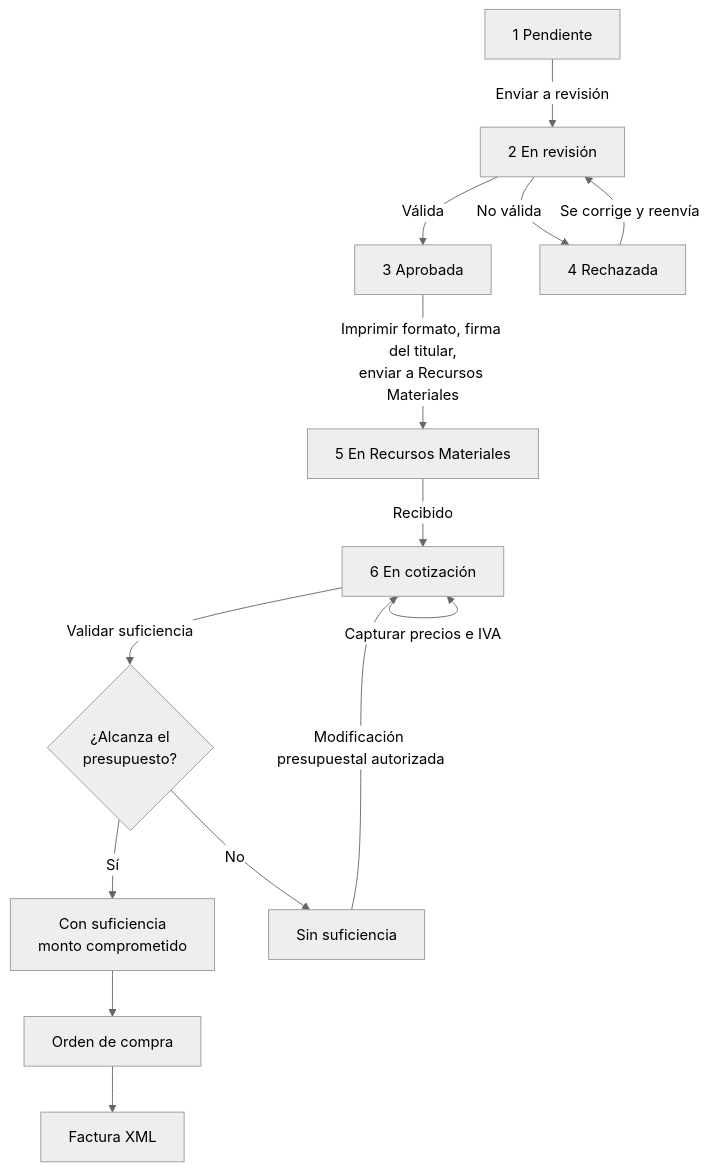
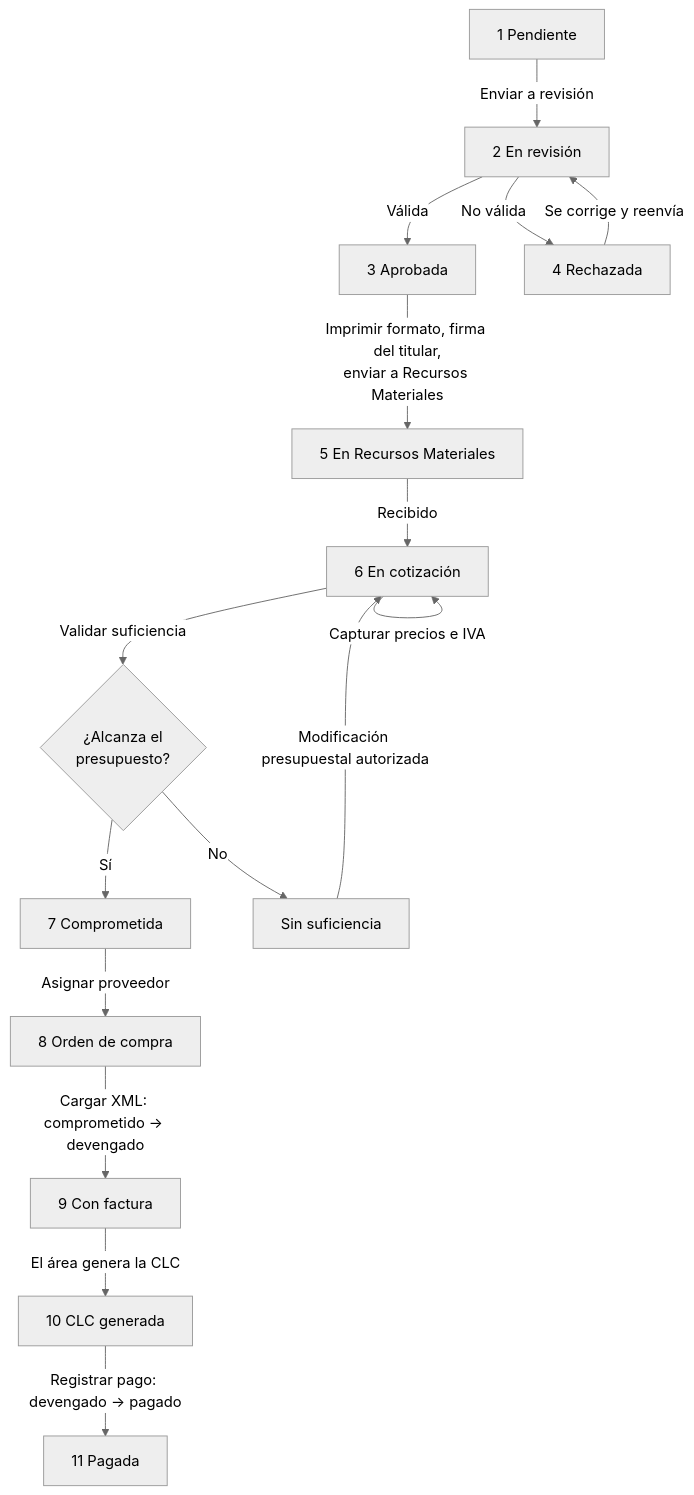
The diagram in docs/modulos.md (trivi501/SIEG), drawn with Mermaid (neutral theme) before and after one commit. The commit also changed other lines of this file and 88 other files, not shown here.

````diff
--- a/docs/modulos.md
+++ b/docs/modulos.md
@@ -38,16 +49,18 @@
 ```mermaid
 flowchart TD
     P[1 Pendiente] -->|Enviar a revisión| R[2 En revisión]
     R -->|Válida| A[3 Aprobada]
     R -->|No válida| N[4 Rechazada]
     N -->|Se corrige y reenvía| R
     A -->|Imprimir formato, firma del titular,<br/>enviar a Recursos Materiales| M[5 En Recursos Materiales]
     M -->|Recibido| C[6 En cotización]
     C -->|Capturar precios e IVA| C
     C -->|Validar suficiencia| S{¿Alcanza el<br/>presupuesto?}
-    S -- Sí --> CS[Con suficiencia<br/>monto comprometido]
+    S -- Sí --> CS[7 Comprometida]
     S -- No --> SS[Sin suficiencia]
     SS -->|Modificación presupuestal autorizada| C
-    CS --> OC[Orden de compra]
-    OC --> XML[Factura XML]
+    CS -->|Asignar proveedor| OC[8 Orden de compra]
+    OC -->|Cargar XML: comprometido → devengado| XML[9 Con factura]
+    XML -->|El área genera la CLC| CLC[10 CLC generada]
+    CLC -->|Registrar pago: devengado → pagado| PG[11 Pagada]
 ```
````
